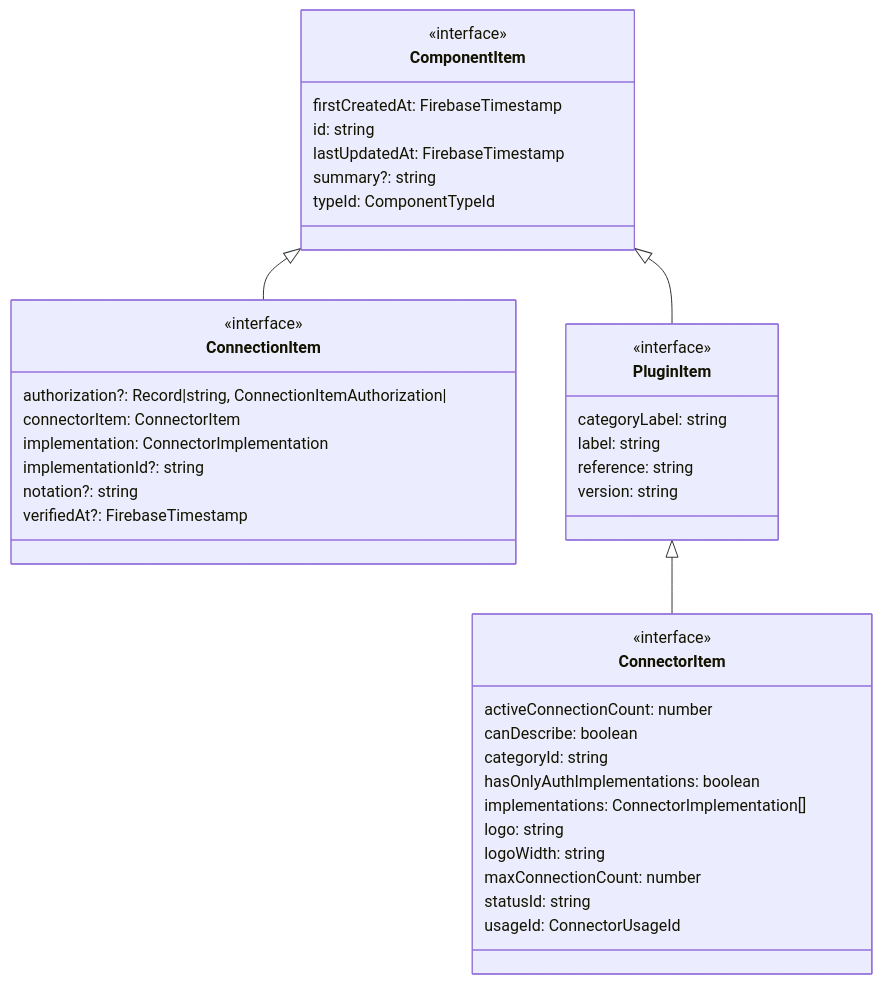
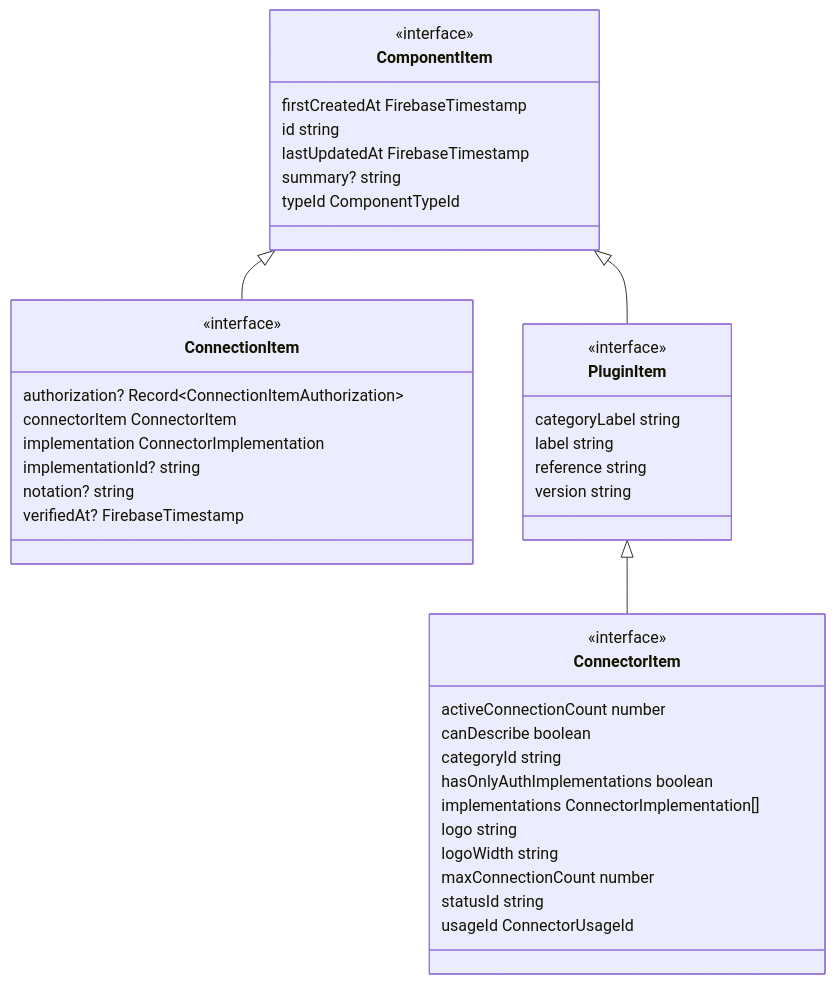
Before and after one commit to data-positioning/datapos-shared: the third of 5 diagrams in README.md, drawn with Mermaid. The commit also changed other lines of this file and 1 other file, not shown here.

````diff
--- a/README.md
+++ b/README.md
@@ -122,47 +122,49 @@
 ```mermaid
 classDiagram
+    direction TB
+
     ComponentItem <|-- ConnectionItem
     ComponentItem <|-- PluginItem
     PluginItem <|-- ConnectorItem
 
     class ConnectionItem {
         <<interface>>
-        authorization?: Record|string, ConnectionItemAuthorization|
-        connectorItem: ConnectorItem
-        implementation: ConnectorImplementation
-        implementationId?: string
-        notation?: string
-        verifiedAt?: FirebaseTimestamp
+        authorization? Record~ConnectionItemAuthorization~
+        connectorItem ConnectorItem
+        implementation ConnectorImplementation
+        implementationId? string
+        notation? string
+        verifiedAt? FirebaseTimestamp
     }
 
     class ComponentItem {
         <<interface>>
-        firstCreatedAt: FirebaseTimestamp
-        id: string
-        lastUpdatedAt: FirebaseTimestamp
-        summary?: string
-        typeId: ComponentTypeId
+        firstCreatedAt FirebaseTimestamp
+        id string
+        lastUpdatedAt FirebaseTimestamp
+        summary? string
+        typeId ComponentTypeId
     }
 
     class PluginItem {
         <<interface>>
-        categoryLabel: string
-        label: string
-        reference: string
-        version: string
+        categoryLabel string
+        label string
+        reference string
+        version string
     }
 
     class ConnectorItem {
         <<interface>>
-        activeConnectionCount: number
-        canDescribe: boolean
-        categoryId: string
-        hasOnlyAuthImplementations: boolean
-        implementations: ConnectorImplementation[]
-        logo: string
-        logoWidth: string
-        maxConnectionCount: number
-        statusId: string
-        usageId: ConnectorUsageId
+        activeConnectionCount number
+        canDescribe boolean
+        categoryId string
+        hasOnlyAuthImplementations boolean
+        implementations ConnectorImplementation[]
+        logo string
+        logoWidth string
+        maxConnectionCount number
+        statusId string
+        usageId ConnectorUsageId
     }
 ```
````
